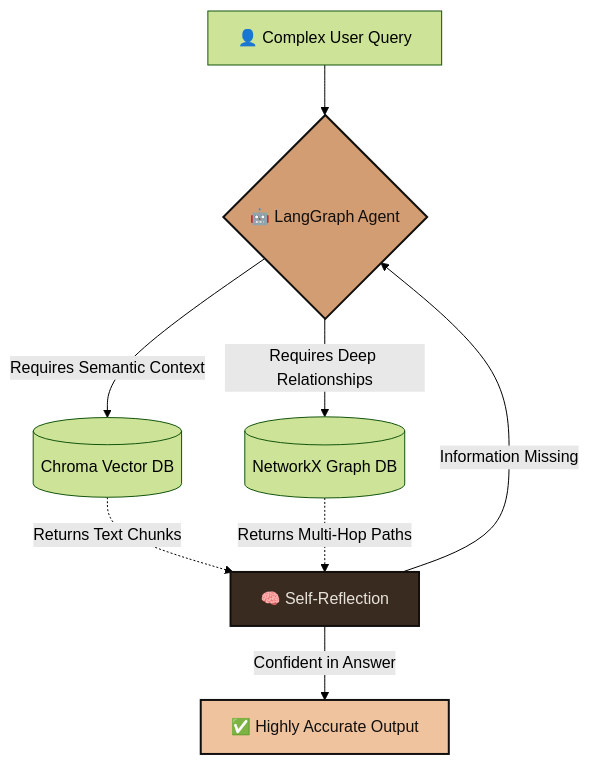
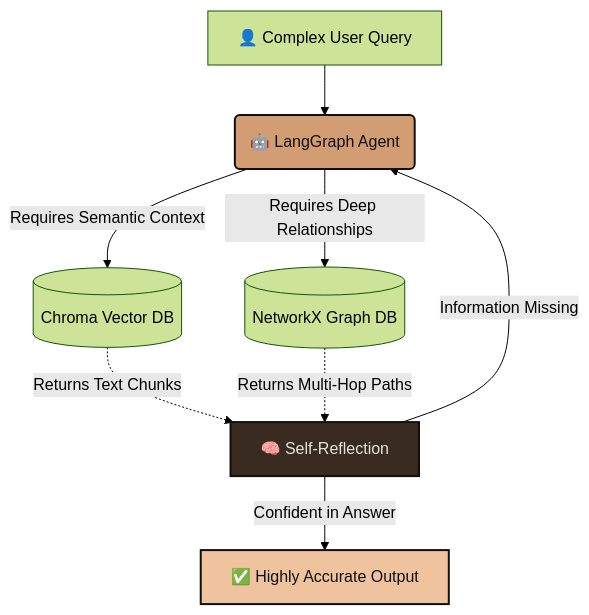
One commit to Saaalil/DocRagGraph changed the diagram in docs/src/content/docs/guides/architecture.md. Above: the diagram before and after it, drawn with Mermaid (forest theme).

Commit message:
Fix MDX parsing error with curly braces

```diff
--- a/docs/src/content/docs/guides/architecture.md
+++ b/docs/src/content/docs/guides/architecture.md
@@ -23,17 +23,17 @@
 <div class="mermaid">
 graph TD
-    A["👤 Complex User Query"] --> B{"🤖 LangGraph Agent"}
+    A["👤 Complex User Query"] --> B("🤖 LangGraph Agent")
     
     B -->|"Requires Semantic Context"| C[("Chroma Vector DB")]
     B -->|"Requires Deep Relationships"| D[("NetworkX Graph DB")]
     
     C -.->|"Returns Text Chunks"| E["🧠 Self-Reflection"]
     D -.->|"Returns Multi-Hop Paths"| E
     
     E -->|"Information Missing"| B
     E -->|"Confident in Answer"| F["✅ Highly Accurate Output"]
     
     style B fill:#d29d72,stroke:#110f0e,stroke-width:2px,color:#110f0e
     style F fill:#f0c39f,stroke:#110f0e,stroke-width:2px,color:#110f0e
     style E fill:#3a2b20,stroke:#110f0e,stroke-width:2px,color:#e8e3d9
 </div>
```
